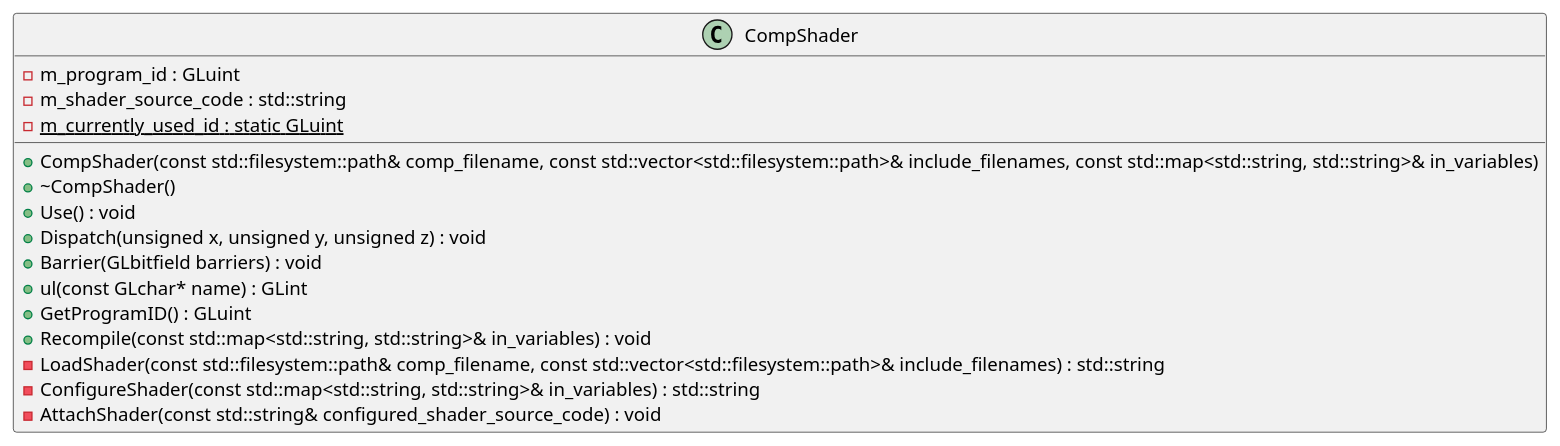
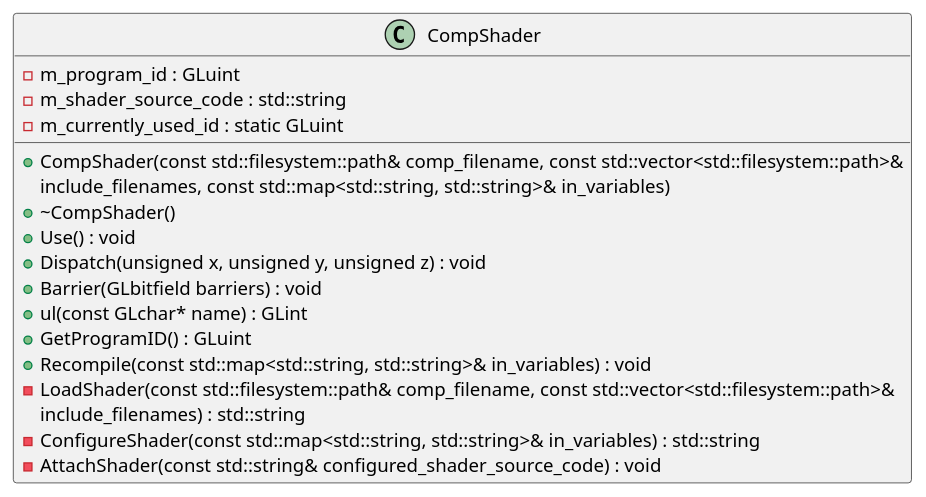
Before and after one commit to monkeysoop/szakdoga: the diagram in docs/plantuml/CompShader_class_diagram.puml, drawn with PlantUML. The commit also changed 13 other files, not shown here.

Commit message:
fixed plantuml diagrams and other smaller changes to docs

```diff
--- a/docs/plantuml/CompShader_class_diagram.puml
+++ b/docs/plantuml/CompShader_class_diagram.puml
@@ -1,24 +1,26 @@
 @startuml
 
 
 
 class CompShader {
-	+CompShader(const std::filesystem::path& comp_filename, const std::vector<std::filesystem::path>& include_filenames, const std::map<std::string, std::string>& in_variables)
+	+CompShader(const std::filesystem::path& comp_filename, const std::vector<std::filesystem::path>& 
+    include_filenames, const std::map<std::string, std::string>& in_variables)
     +~CompShader()
     +Use() : void
     +Dispatch(unsigned x, unsigned y, unsigned z) : void
     +Barrier(GLbitfield barriers) : void
     +ul(const GLchar* name) : GLint
     +GetProgramID() : GLuint
     +Recompile(const std::map<std::string, std::string>& in_variables) : void
 	-m_program_id : GLuint
     -m_shader_source_code : std::string
-    -{static} m_currently_used_id : static GLuint
-	-LoadShader(const std::filesystem::path& comp_filename, const std::vector<std::filesystem::path>& include_filenames) : std::string
+    -m_currently_used_id : static GLuint
+	-LoadShader(const std::filesystem::path& comp_filename, const std::vector<std::filesystem::path>& 
+    include_filenames) : std::string
     -ConfigureShader(const std::map<std::string, std::string>& in_variables) : std::string
     -AttachShader(const std::string& configured_shader_source_code) : void
 }
 
 
 
 @enduml
```
